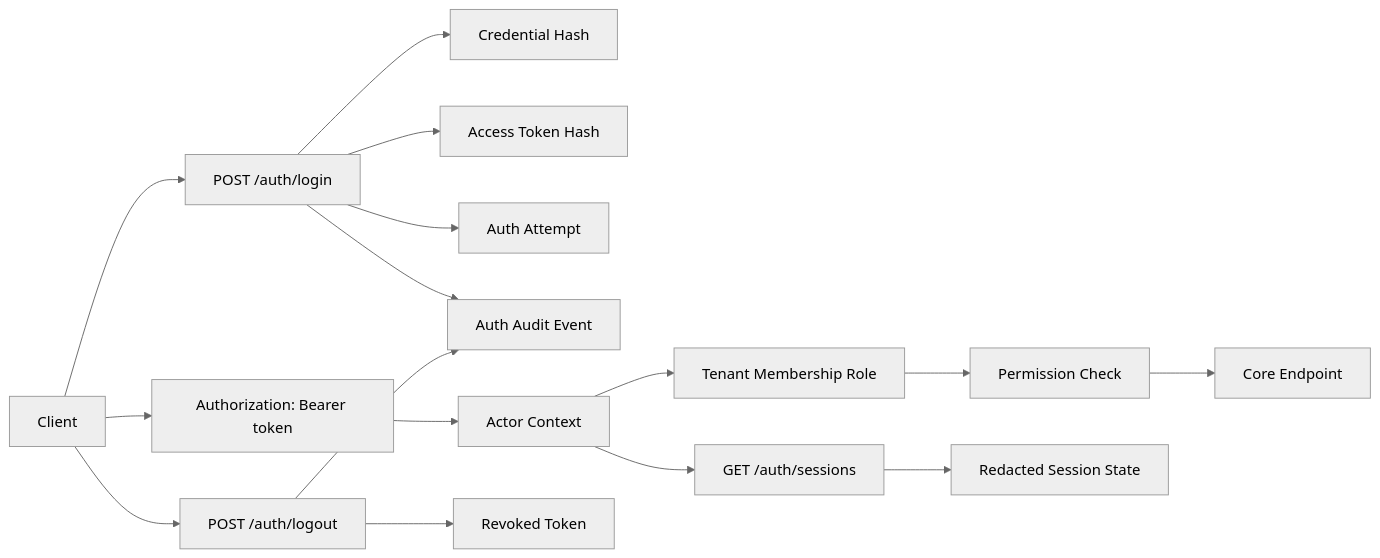
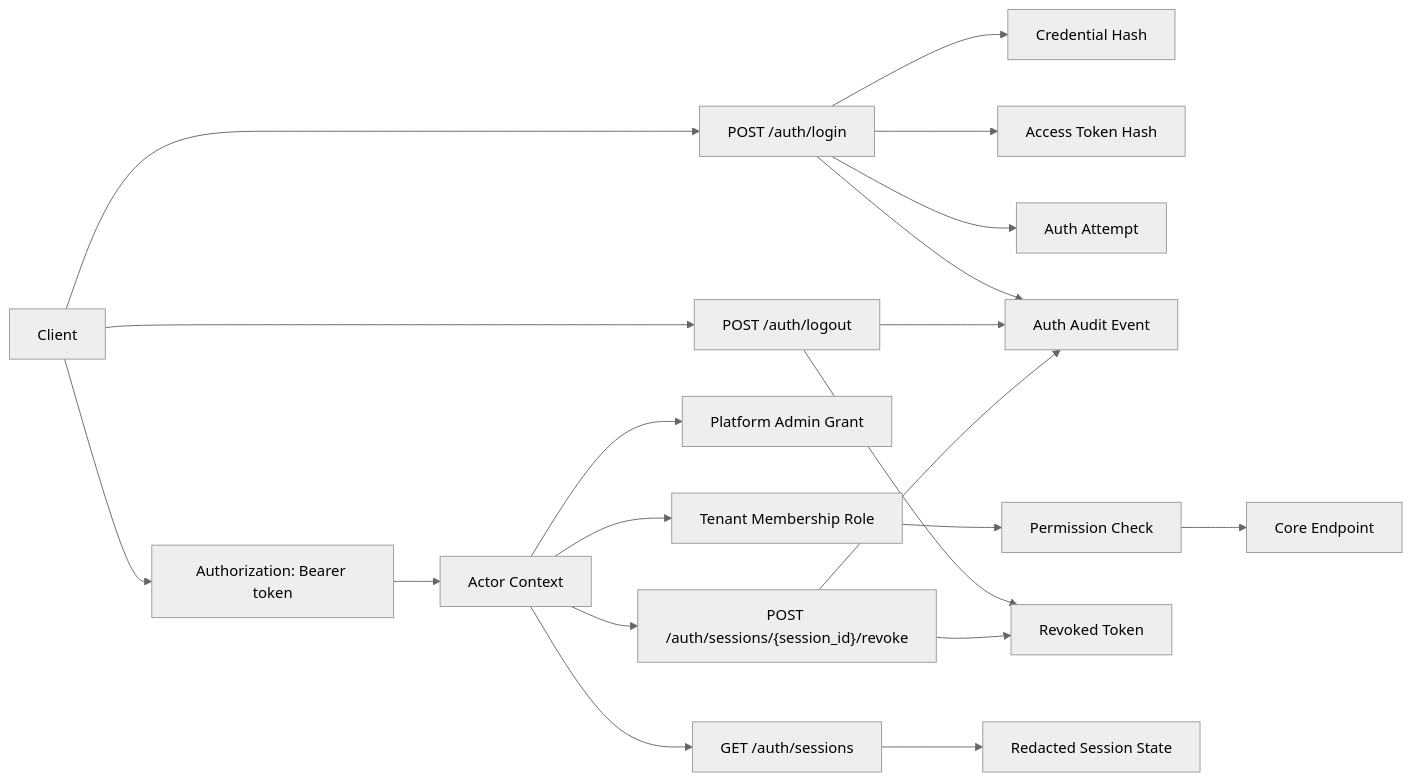
Before and after one commit to AlexGerlitz/drivedesk-core: the third of 8 diagrams in docs/public/SYSTEM_DESIGN.md, drawn with Mermaid (neutral theme). The commit also changed other lines of this file and 22 other files, not shown here.

Commit message:
Add admin session revocation

````diff
--- a/docs/public/SYSTEM_DESIGN.md
+++ b/docs/public/SYSTEM_DESIGN.md
@@ -101,18 +101,22 @@
 ```mermaid
 flowchart LR
   Client["Client"] --> Login["POST /auth/login"]
   Login --> UserHash["Credential Hash"]
   Login --> TokenHash["Access Token Hash"]
   Login --> Attempt["Auth Attempt"]
   Login --> AuthAudit["Auth Audit Event"]
   Client --> Bearer["Authorization: Bearer token"]
   Bearer --> Actor["Actor Context"]
   Actor --> Membership["Tenant Membership Role"]
+  Actor --> PlatformGrant["Platform Admin Grant"]
   Membership --> Permission["Permission Check"]
   Permission --> Endpoint["Core Endpoint"]
   Client --> Logout["POST /auth/logout"]
   Logout --> Revoked["Revoked Token"]
   Logout --> AuthAudit
   Actor --> Sessions["GET /auth/sessions"]
   Sessions --> Redacted["Redacted Session State"]
+  Actor --> AdminRevoke["POST /auth/sessions/{session_id}/revoke"]
+  AdminRevoke --> Revoked
+  AdminRevoke --> AuthAudit
 ```
````
